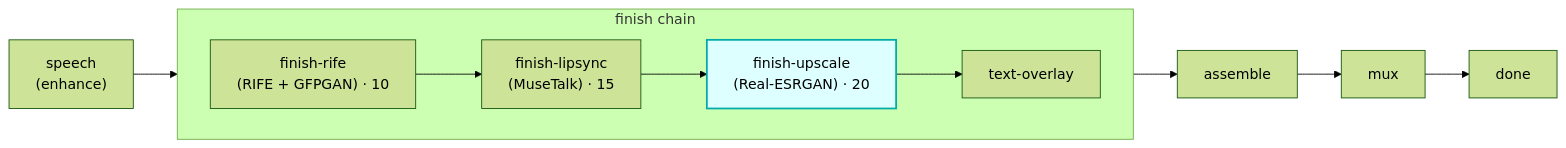
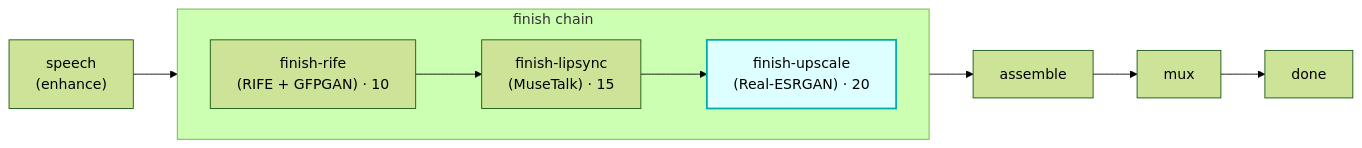
One commit to skyphusion-labs/vivijure changed the diagram in modules/finish-upscale/README.md. Above: the diagram before and after it, drawn with Mermaid (forest theme). The commit also changed other lines of this file and 23 other files, not shown here.

First line of the commit message:
chore(modules): retire the dead text-overlay finish module (#769)

````diff
--- a/modules/finish-upscale/README.md
+++ b/modules/finish-upscale/README.md
@@ -13,19 +13,18 @@
 ```mermaid
 flowchart LR
   sp["speech<br/>(enhance)"]
   subgraph finish["finish chain"]
     direction LR
     rife["finish-rife<br/>(RIFE + GFPGAN) · 10"]
     ls["finish-lipsync<br/>(MuseTalk) · 15"]
     up["finish-upscale<br/>(Real-ESRGAN) · 20"]
-    ov["text-overlay"]
   end
   asm["assemble"]
   mux["mux"]
   done["done"]
 
   sp --> rife
-  rife --> ls --> up --> ov --> asm --> mux --> done
+  rife --> ls --> up --> asm --> mux --> done
 
   style up fill:#dff,stroke:#0aa,stroke-width:2px
 ```
````
